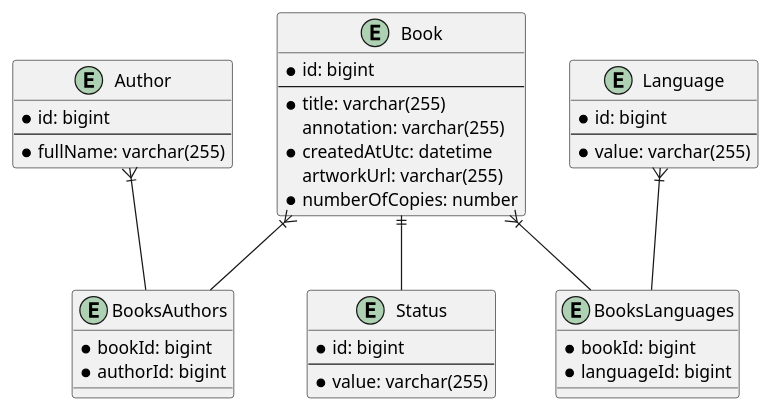
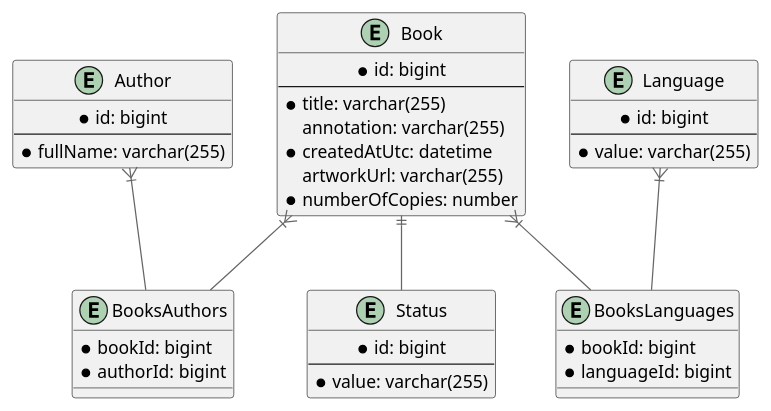
The diagram in README.md (TourmalineCore/inner-circle-books-api), drawn with PlantUML before and after one commit.

Commit message:
docs: try to show diagram in github

````diff
--- a/README.md
+++ b/README.md
@@ -4,41 +4,43 @@
 ```plantuml
 @startuml
+!include https://raw.githubusercontent.com/plantuml-stdlib/C4-PlantUML/master/C4_Container.puml
+!include https://raw.githubusercontent.com/plantuml-stdlib/C4-PlantUML/master/C4_Deployment.puml
 entity Book{
   * id: bigint
   --
   * title: varchar(255)
   annotation: varchar(255)
   * createdAtUtc: datetime
   artworkUrl: varchar(255)
   * numberOfCopies: number
 }
 entity Status{
   * id: bigint
   --
   * value: varchar(255)
 }
 entity Author{
   * id: bigint
   --
   * fullName: varchar(255)
 }
 entity Language{
   * id: bigint
   --
   * value: varchar(255)
 }
 entity BooksAuthors{
   * bookId: bigint
   * authorId: bigint
 }
 entity BooksLanguages{
   * bookId: bigint
   * languageId: bigint
 }
 Book ||-- Status
 Book }|-- BooksAuthors
 Author }|-- BooksAuthors
 Book }|-- BooksLanguages
 Language }|-- BooksLanguages
 @enduml
 ```
````
